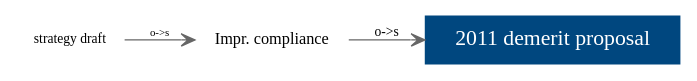
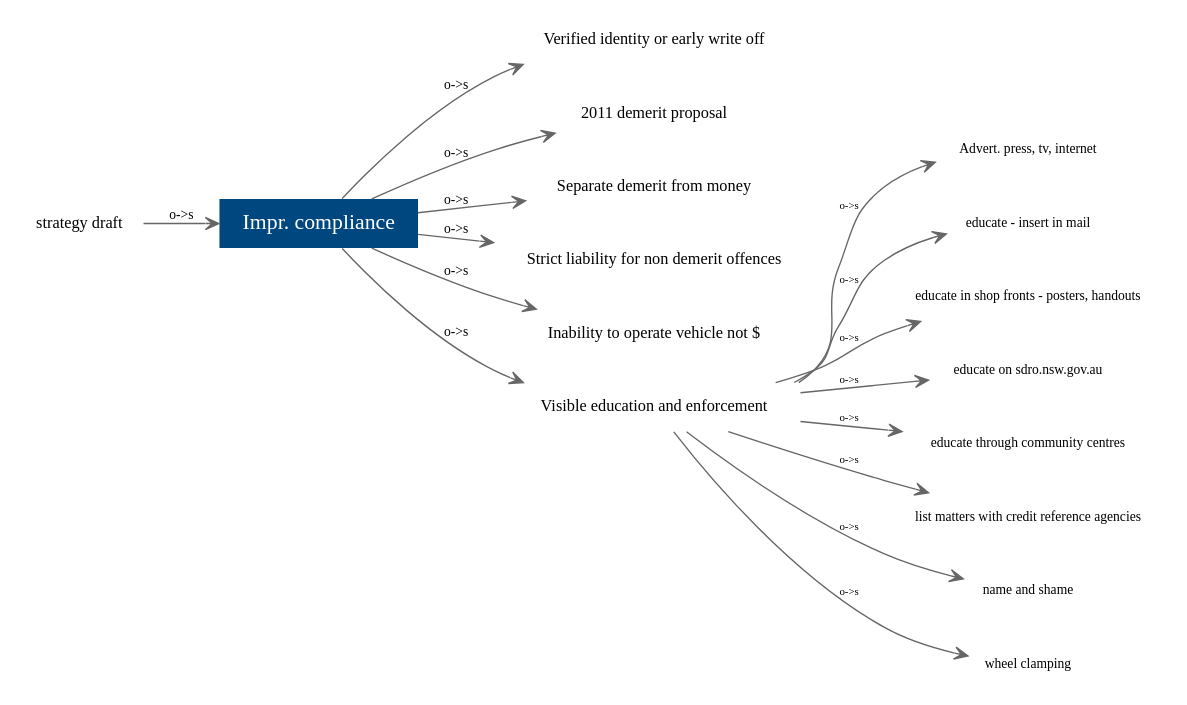
The diagram in public/mickdot.dot (mickmioduszewski/digraph-rails), drawn with Graphviz before and after one commit. The commit also changed 6 other files, not shown here.

```diff
--- a/public/mickdot.dot
+++ b/public/mickdot.dot
@@ -1,9 +1,35 @@
 digraph G { rankdir="LR"
 edge [color="#666666", arrowhead="open", fontname="Trebuchet MS"] 
 node [shape=plaintext, fontname="Trebuchet MS"]
-n35 [URL="/nodes/35",  label="2011 demerit proposal", fontsize="16", style=filled fillcolor="#00477f", fontcolor="White"]
-n22 [URL="/nodes/22",  label="Impr. compliance", fontsize="12"]
-n21 [URL="/nodes/21",  label="strategy draft", fontsize="10"]
+n22 [URL="/nodes/22",  label="Impr. compliance", fontsize="16", style=filled fillcolor="#00477f", fontcolor="White"]
+n21 [URL="/nodes/21",  label="strategy draft", fontsize="12"]
+n34 [URL="/nodes/34",  label="Verified identity or early write off", fontsize="12"]
+n35 [URL="/nodes/35",  label="2011 demerit proposal", fontsize="12"]
+n36 [URL="/nodes/36",  label="Separate demerit from money", fontsize="12"]
+n37 [URL="/nodes/37",  label="Strict liability for non demerit offences", fontsize="12"]
+n38 [URL="/nodes/38",  label="Inability to operate vehicle not $", fontsize="12"]
+n39 [URL="/nodes/39",  label="Visible education and enforcement", fontsize="12"]
+n40 [URL="/nodes/40",  label="Advert. press, tv, internet", fontsize="10"]
+n41 [URL="/nodes/41",  label="educate - insert in mail", fontsize="10"]
+n42 [URL="/nodes/42",  label="educate in shop fronts - posters, handouts", fontsize="10"]
+n43 [URL="/nodes/43",  label="educate on sdro.nsw.gov.au", fontsize="10"]
+n44 [URL="/nodes/44",  label="educate through community centres", fontsize="10"]
+n45 [URL="/nodes/45",  label="list matters with credit reference agencies", fontsize="10"]
+n46 [URL="/nodes/46",  label="name and shame", fontsize="10"]
+n47 [URL="/nodes/47",  label="wheel clamping", fontsize="10"]
+n21 -> n22 [URL="/edges/26",  label="o->s", fontsize="10"]
+n22 -> n34 [URL="/edges/35",  label="o->s", fontsize="10"]
 n22 -> n35 [URL="/edges/36",  label="o->s", fontsize="10"]
-n21 -> n22 [URL="/edges/26",  label="o->s", fontsize="8"]
+n22 -> n36 [URL="/edges/37",  label="o->s", fontsize="10"]
+n22 -> n37 [URL="/edges/38",  label="o->s", fontsize="10"]
+n22 -> n38 [URL="/edges/39",  label="o->s", fontsize="10"]
+n22 -> n39 [URL="/edges/40",  label="o->s", fontsize="10"]
+n39 -> n40 [URL="/edges/41",  label="o->s", fontsize="8"]
+n39 -> n41 [URL="/edges/42",  label="o->s", fontsize="8"]
+n39 -> n42 [URL="/edges/43",  label="o->s", fontsize="8"]
+n39 -> n43 [URL="/edges/44",  label="o->s", fontsize="8"]
+n39 -> n44 [URL="/edges/45",  label="o->s", fontsize="8"]
+n39 -> n45 [URL="/edges/46",  label="o->s", fontsize="8"]
+n39 -> n46 [URL="/edges/47",  label="o->s", fontsize="8"]
+n39 -> n47 [URL="/edges/48",  label="o->s", fontsize="8"]
   }
```
